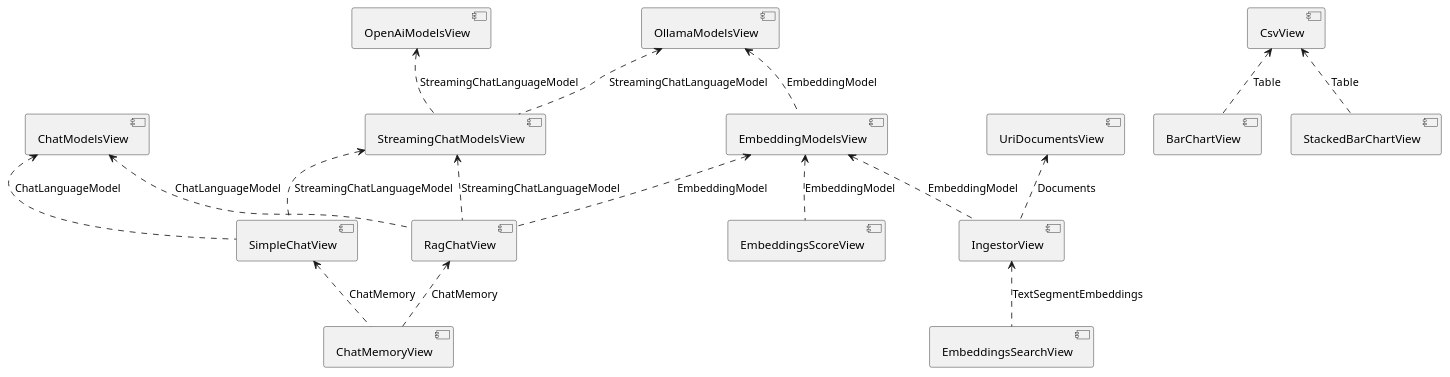
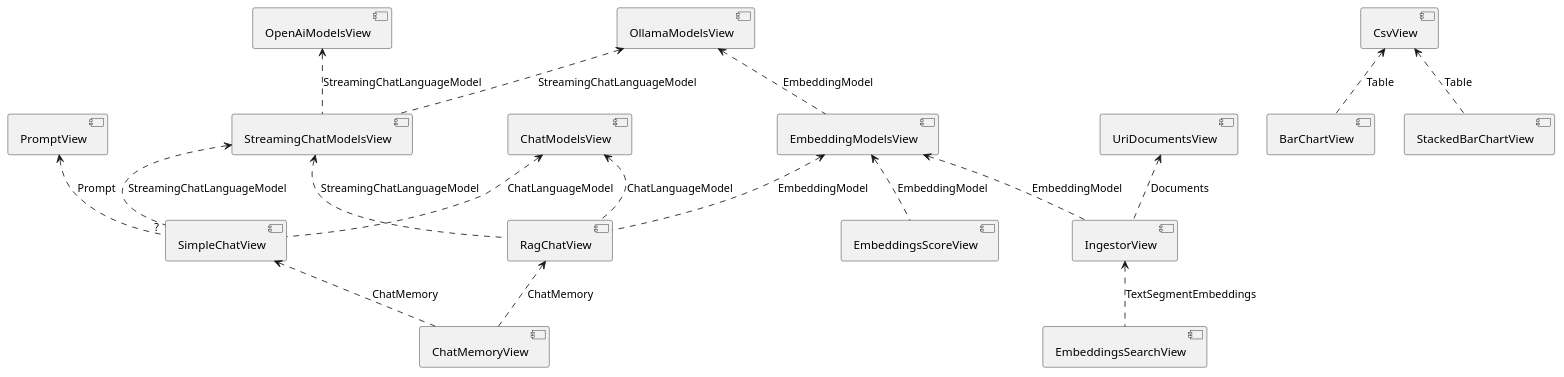
Before and after one commit to kantega/llm-starter-and-workbench: the diagram in app/src/main/resources/markdown/plantuml/view-dependencies.puml, drawn with PlantUML. The commit also changed 2 other files, not shown here.

Commit message:
Updated with prompt view

```diff
--- a/app/src/main/resources/markdown/plantuml/view-dependencies.puml
+++ b/app/src/main/resources/markdown/plantuml/view-dependencies.puml
@@ -1,50 +1,52 @@
 @startuml view-dependencies
 
 component OllamaModelsView
 component OpenAiModelsView
 
 component ChatModelsView
 component StreamingChatModelsView
 
 component SimpleChatView
+component PromptView
 component RagChatView
 
 component ChatMemoryView
 
 component CsvView
 component BarChartView
 component StackedBarChartView
 
 OllamaModelsView <.. StreamingChatModelsView : StreamingChatLanguageModel
 OpenAiModelsView <.. StreamingChatModelsView : StreamingChatLanguageModel
 
 ChatModelsView <.. SimpleChatView : ChatLanguageModel
 StreamingChatModelsView <.. SimpleChatView : StreamingChatLanguageModel
+PromptView <.. "?" SimpleChatView : Prompt
 
 ChatModelsView <.. RagChatView : ChatLanguageModel
 StreamingChatModelsView <.. RagChatView : StreamingChatLanguageModel
 
 SimpleChatView <.. ChatMemoryView : ChatMemory
 RagChatView <.. ChatMemoryView : ChatMemory
 
 component EmbeddingModelsView
 component EmbeddingsScoreView
 component EmbeddingsSearchView
 
 OllamaModelsView <.. EmbeddingModelsView : EmbeddingModel
 EmbeddingModelsView <.. EmbeddingsScoreView : EmbeddingModel
 
 EmbeddingModelsView <.. RagChatView : EmbeddingModel
 
 component UriDocumentsView
 component IngestorView
 
 EmbeddingModelsView <.. IngestorView : EmbeddingModel
 UriDocumentsView <.. IngestorView : Documents
 
 IngestorView <.. EmbeddingsSearchView : TextSegmentEmbeddings
 
 CsvView <.. BarChartView : Table
 CsvView <.. StackedBarChartView : Table
 
 @enduml
```
